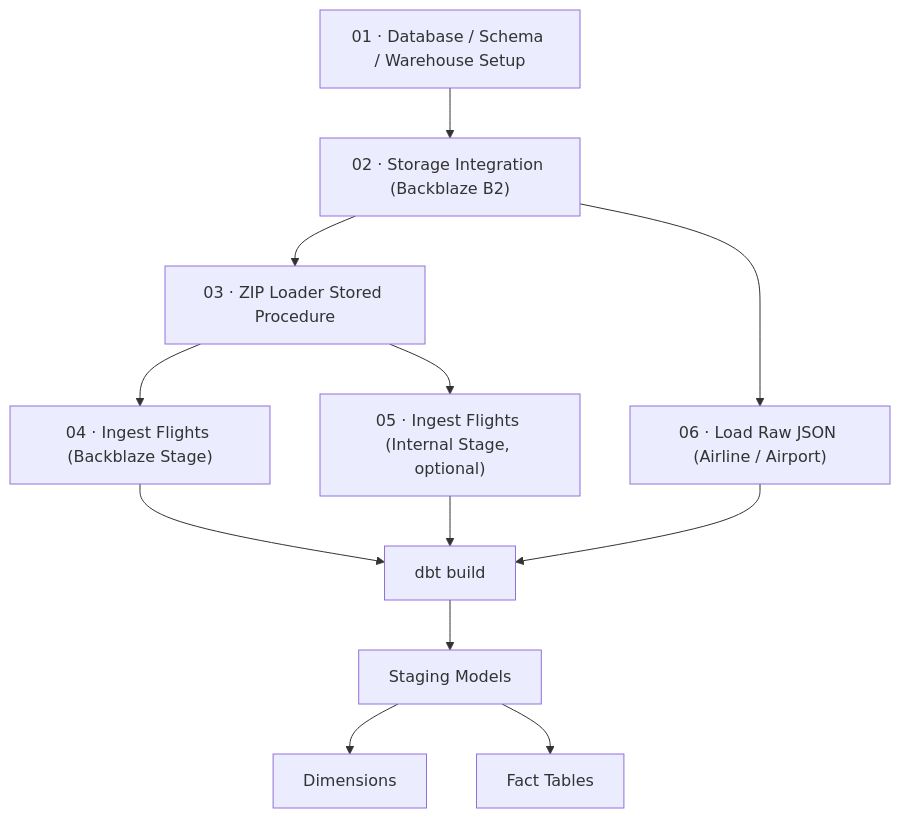
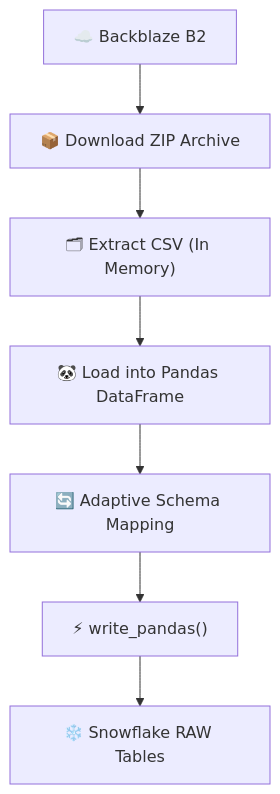
The second of 2 diagrams in Snowflake/README.md (A7medM0hsen/The-Data-Architect-Lab), drawn with Mermaid before and after one commit. The commit also changed other lines of this file and 26 other files, not shown here.

````diff
--- a/Snowflake/README.md
+++ b/Snowflake/README.md
@@ -69,14 +156,9 @@
 ```mermaid
 flowchart TD
-    A["01 · Database / Schema / Warehouse Setup"] --> B["02 · Storage Integration (Backblaze B2)"]
-    B --> C["03 · ZIP Loader Stored Procedure"]
-    C --> D["04 · Ingest Flights (Backblaze Stage)"]
-    C --> E["05 · Ingest Flights (Internal Stage, optional)"]
-    B --> F["06 · Load Raw JSON (Airline / Airport)"]
-    D --> G["dbt build"]
-    E --> G
-    F --> G
-    G --> H["Staging Models"]
-    H --> I["Dimensions"]
-    H --> J["Fact Tables"]
+    A["☁️ Backblaze B2"] --> B["📦 Download ZIP Archive"]
+    B --> C["🗂 Extract CSV (In Memory)"]
+    C --> D["🐼 Load into Pandas DataFrame"]
+    D --> E["🔄 Adaptive Schema Mapping"]
+    E --> F["⚡ write_pandas()"]
+    F --> G["❄️ Snowflake RAW Tables"]
 ```
````
